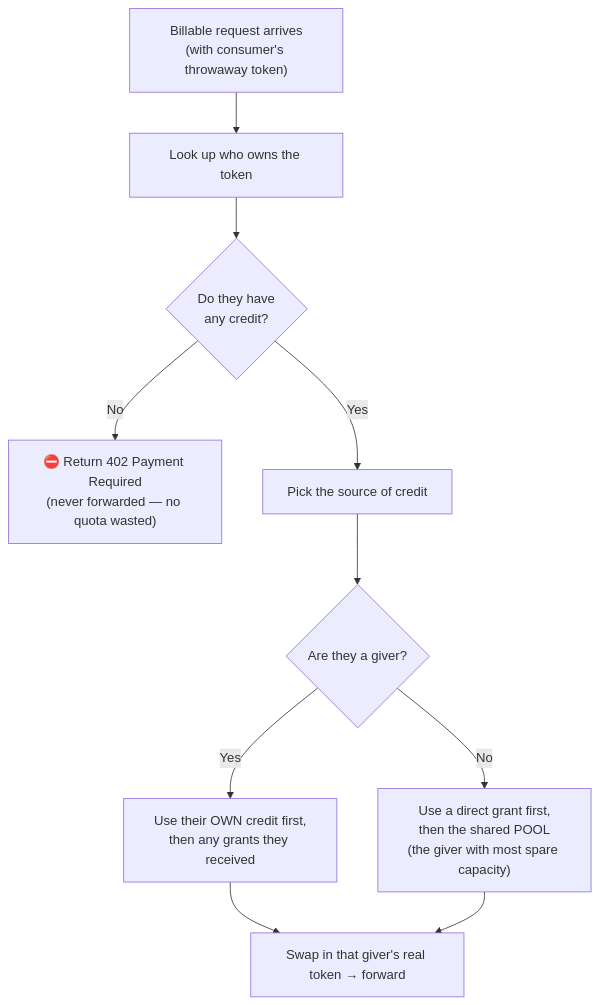
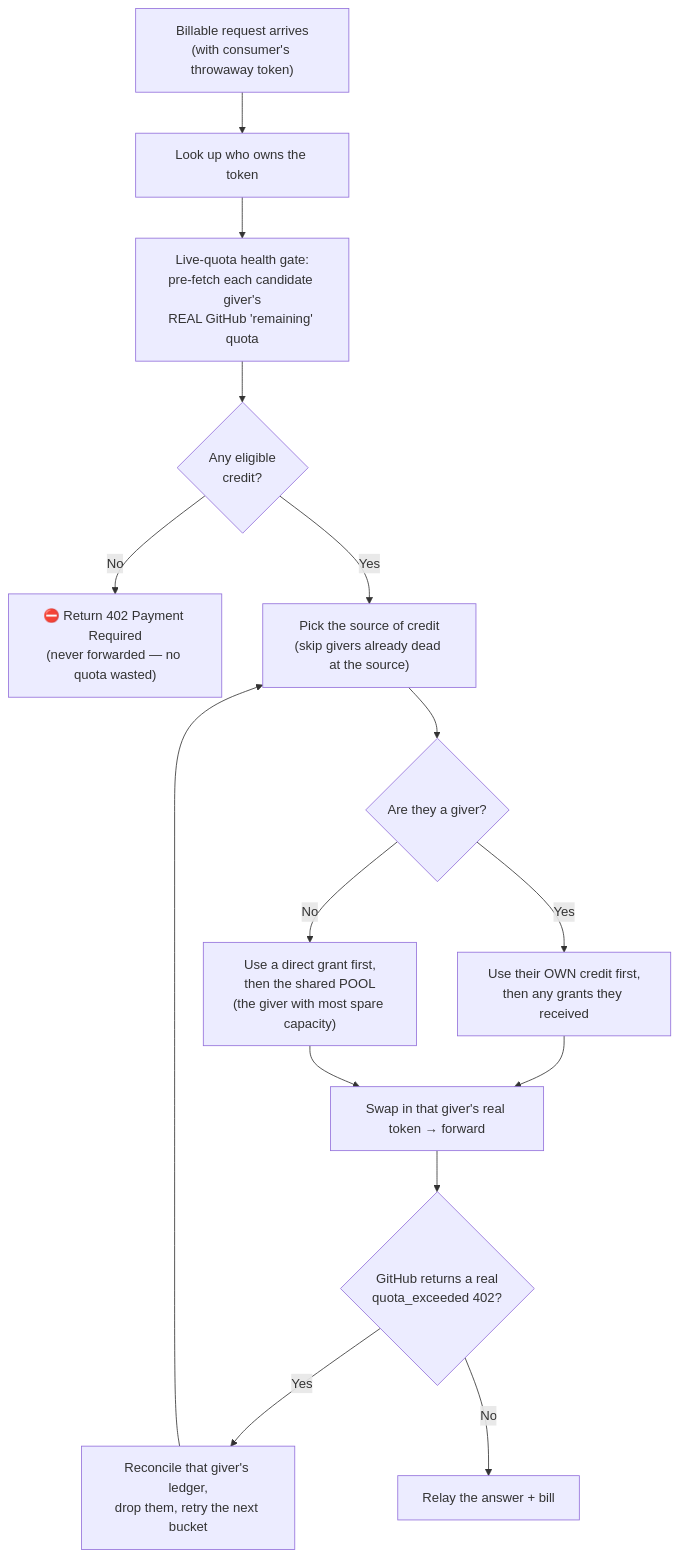
One commit to khirooo/CTC changed the third of 4 diagrams in docs/guide/01-the-proxy.md. Above: the diagram before and after it, drawn with Mermaid. The commit also changed other lines of this file and 12 other files, not shown here.

````diff
--- a/docs/guide/01-the-proxy.md
+++ b/docs/guide/01-the-proxy.md
@@ -83,12 +83,17 @@
 ```mermaid
 flowchart TB
     Req["Billable request arrives<br/>(with consumer's throwaway token)"] --> Who["Look up who owns the token"]
-    Who --> Has{"Do they have<br/>any credit?"}
+    Who --> Health["Live-quota health gate:<br/>pre-fetch each candidate giver's<br/>REAL GitHub 'remaining' quota"]
+    Health --> Has{"Any eligible<br/>credit?"}
     Has -->|No| Block["⛔ Return 402 Payment Required<br/>(never forwarded — no quota wasted)"]
-    Has -->|Yes| Pick["Pick the source of credit"]
+    Has -->|Yes| Pick["Pick the source of credit<br/>(skip givers already dead at the source)"]
     Pick --> G{"Are they a giver?"}
     G -->|Yes| Own["Use their OWN credit first,<br/>then any grants they received"]
     G -->|No| Pool["Use a direct grant first,<br/>then the shared POOL<br/>(the giver with most spare capacity)"]
     Own --> Fwd["Swap in that giver's real token → forward"]
     Pool --> Fwd
+    Fwd --> F402{"GitHub returns a real<br/>quota_exceeded 402?"}
+    F402 -->|Yes| Retry["Reconcile that giver's ledger,<br/>drop them, retry the next bucket"]
+    F402 -->|No| Done["Relay the answer + bill"]
+    Retry --> Pick
 ```
````
